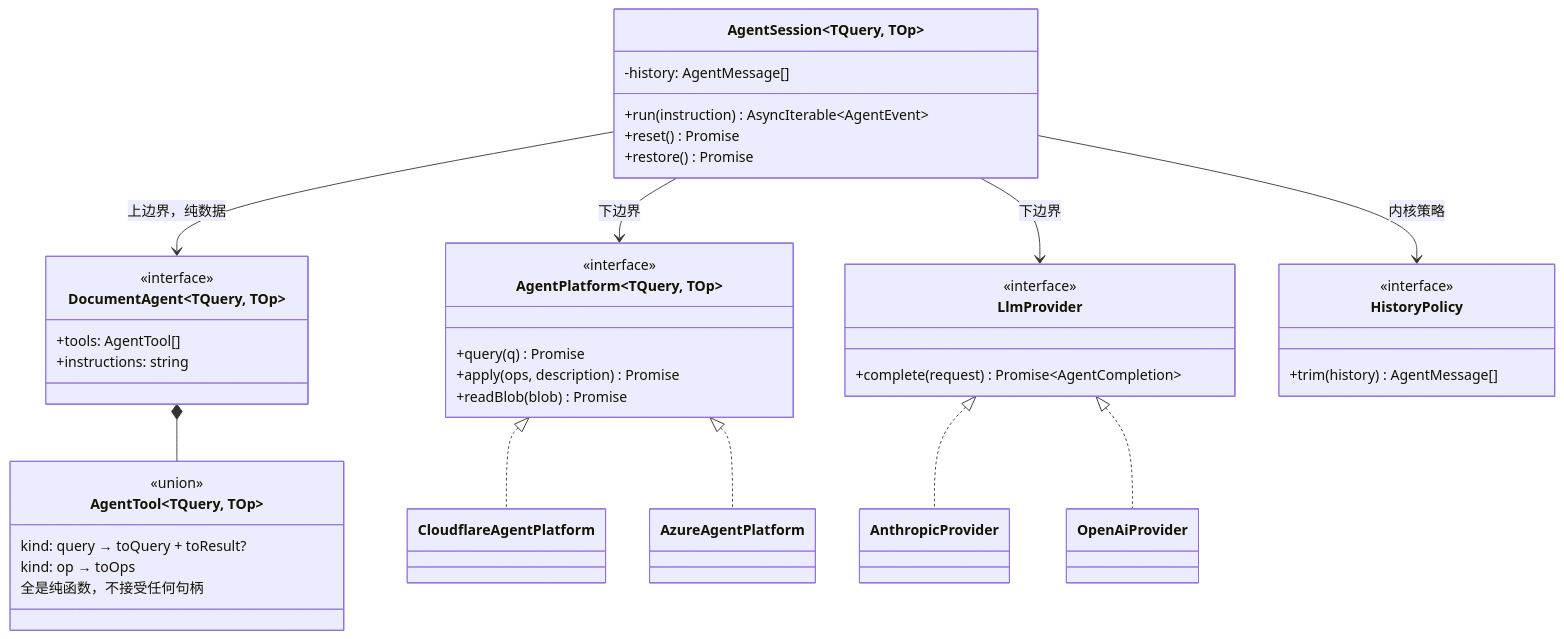
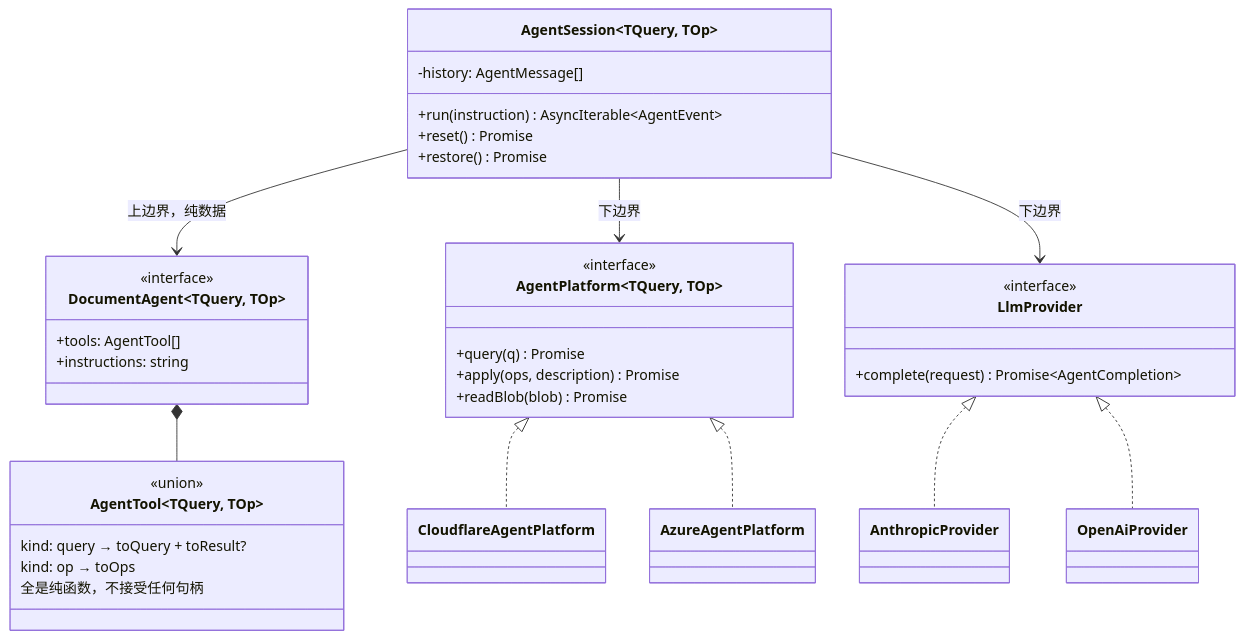
The fifth of 16 diagrams in docs/superpowers/specs/2026-08-26-agent-sdk-design.md (shazhou-ww/unidocs), drawn with Mermaid before and after one commit. The commit also changed other lines of this file, not shown here.

First line of the commit message:
docs(agent-sdk): 裁剪参数写死不暴露策略接口,并说明 load 为何无条件

````diff
--- a/docs/superpowers/specs/2026-08-26-agent-sdk-design.md
+++ b/docs/superpowers/specs/2026-08-26-agent-sdk-design.md
@@ -477,54 +477,48 @@
 ```mermaid
 classDiagram
     class DocumentAgent~TQuery, TOp~ {
         <<interface>>
         +tools: AgentTool[]
         +instructions: string
     }
 
     class AgentTool~TQuery, TOp~ {
         <<union>>
         kind: query → toQuery + toResult?
         kind: op → toOps
         全是纯函数，不接受任何句柄
     }
 
     class AgentSession~TQuery, TOp~ {
         -history: AgentMessage[]
         +run(instruction) AsyncIterable~AgentEvent~
         +reset() Promise
         +restore() Promise
     }
 
     class LlmProvider {
         <<interface>>
         +complete(request) Promise~AgentCompletion~
     }
 
     class AgentPlatform~TQuery, TOp~ {
         <<interface>>
         +query(q) Promise
         +apply(ops, description) Promise
         +readBlob(blob) Promise
     }
 
-    class HistoryPolicy {
-        <<interface>>
-        +trim(history) AgentMessage[]
-    }
-
     class AnthropicProvider
     class OpenAiProvider
     class CloudflareAgentPlatform
     class AzureAgentPlatform
 
     DocumentAgent *-- AgentTool
     AgentSession --> DocumentAgent : 上边界，纯数据
     AgentSession --> AgentPlatform : 下边界
     AgentSession --> LlmProvider : 下边界
-    AgentSession --> HistoryPolicy : 内核策略
     LlmProvider <|.. AnthropicProvider
     LlmProvider <|.. OpenAiProvider
     AgentPlatform <|.. CloudflareAgentPlatform
     AgentPlatform <|.. AzureAgentPlatform
 ```
````
